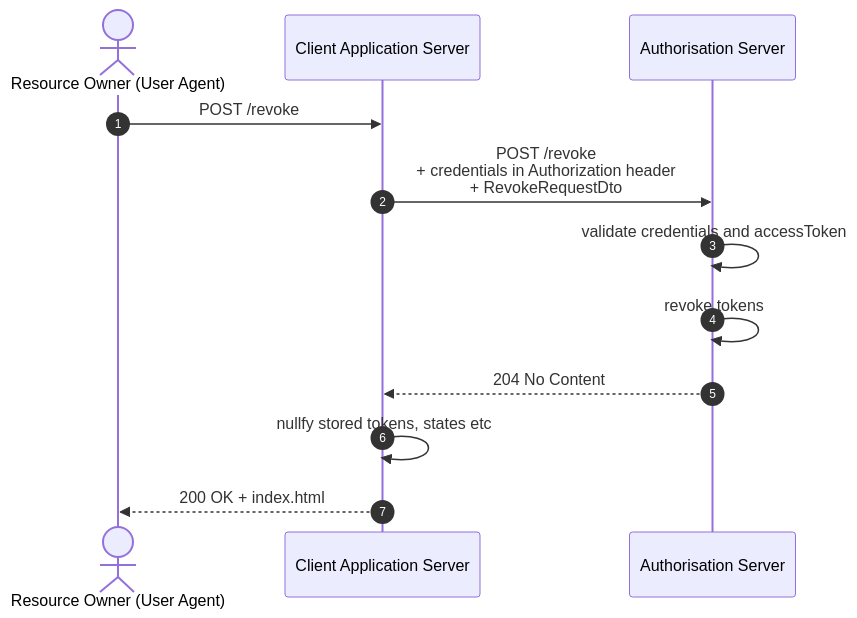
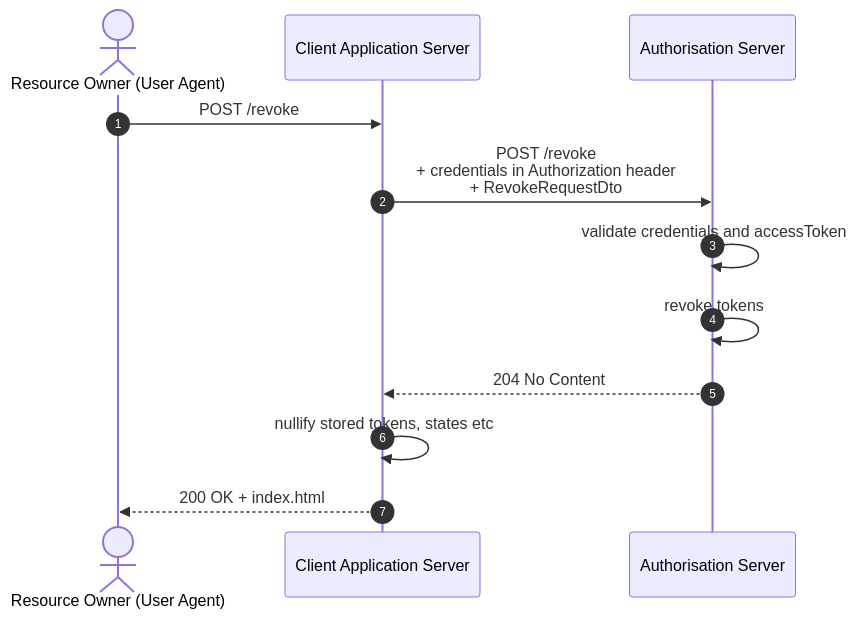
The diagram in docs/sequences/web_app/revoke.md (xyzsince2014/tokyomap-oauth), drawn with Mermaid before and after one commit. The commit also changed 5 other files, not shown here.

Commit message:
corrected sequence diagrams

````diff
--- a/docs/sequences/web_app/revoke.md
+++ b/docs/sequences/web_app/revoke.md
@@ -1,16 +1,16 @@
 ```mermaid
 sequenceDiagram
 autonumber
 
 actor user as Resource Owner (User Agent)
 participant app as Client Application Server
 participant auth as Authorisation Server
 
 user->>app: POST /revoke
 app->>auth: POST /revoke<br>+ credentials in Authorization header<br>+ RevokeRequestDto
 auth->>auth: validate credentials and accessToken
 auth->>auth: revoke tokens
 auth-->>app: 204 No Content
-app->>app: nullfy stored tokens, states etc
+app->>app: nullify stored tokens, states etc
 app-->>user: 200 OK + index.html
 ```
````
